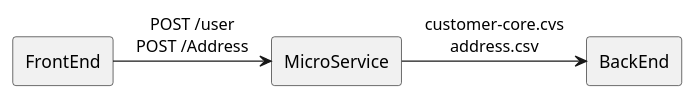
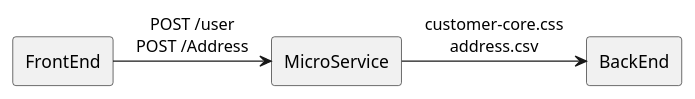
One commit to mauvaisetroupe/ea-design-it changed the diagram in documentation/metamodel/plantuml-dataflow.puml. Above: the diagram before and after it, drawn with PlantUML. The commit also changed 4 other files, not shown here.

```diff
--- a/documentation/metamodel/plantuml-dataflow.puml
+++ b/documentation/metamodel/plantuml-dataflow.puml
@@ -1,7 +1,7 @@
 @startuml
 rectangle FrontEnd
 rectangle MicroService
 rectangle BackEnd
 FrontEnd -right-> MicroService : POST /user\nPOST /Address
-MicroService -right-> BackEnd : customer-core.cvs\naddress.csv
+MicroService -right-> BackEnd : customer-core.css\naddress.csv
 @enduml
```
